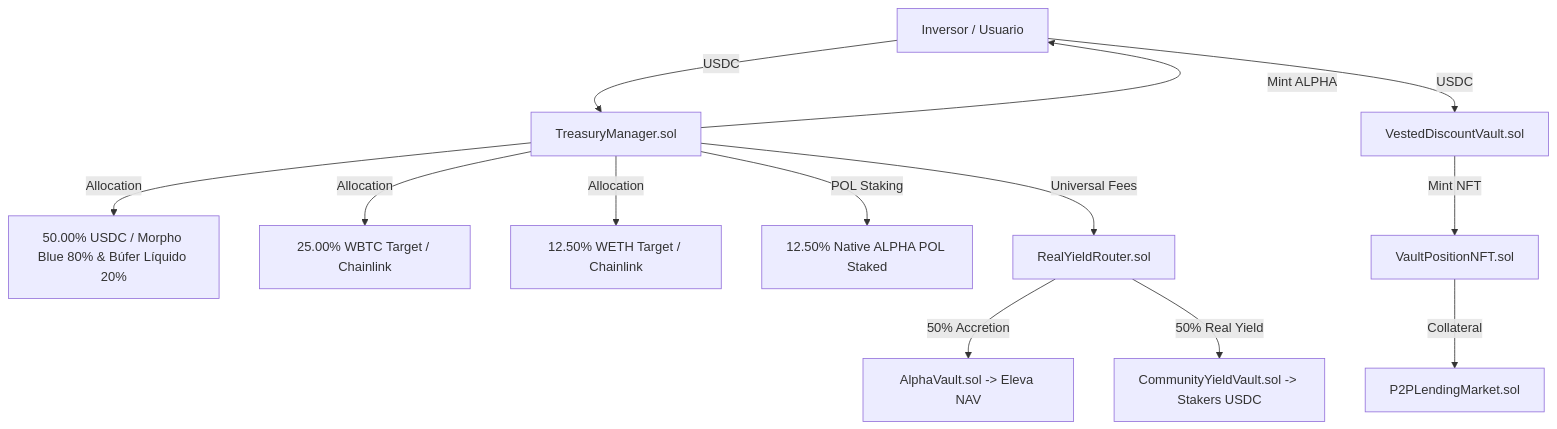
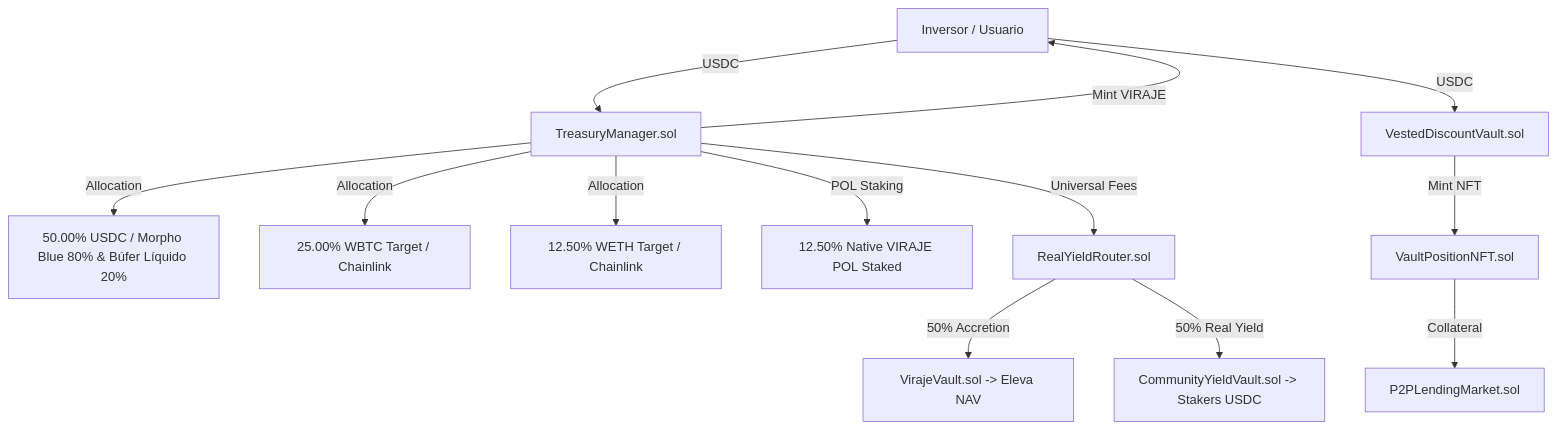
One commit to JaviMartin92/token changed the diagram in docs/WHITE_PAPER.md. Above: the diagram before and after it, drawn with Mermaid. The commit also changed other lines of this file and 129 other files, not shown here.

````diff
--- a/docs/WHITE_PAPER.md
+++ b/docs/WHITE_PAPER.md
@@ -20,17 +20,17 @@
 ```mermaid
 graph TD
     User[Inversor / Usuario] -->|USDC| Treasury[TreasuryManager.sol]
-    Treasury -->|Mint ALPHA| User
+    Treasury -->|Mint VIRAJE| User
     Treasury -->|Allocation| Stables[50.00% USDC / Morpho Blue 80% & Búfer Líquido 20%]
     Treasury -->|Allocation| WBTC[25.00% WBTC Target / Chainlink]
     Treasury -->|Allocation| WETH[12.50% WETH Target / Chainlink]
-    Treasury -->|POL Staking| StakedAlpha[12.50% Native ALPHA POL Staked]
+    Treasury -->|POL Staking| StakedViraje[12.50% Native VIRAJE POL Staked]
     
     User -->|USDC| VestedVault[VestedDiscountVault.sol]
     VestedVault -->|Mint NFT| NFT[VaultPositionNFT.sol]
     NFT -->|Collateral| P2P[P2PLendingMarket.sol]
     
     Treasury -->|Universal Fees| YieldRouter[RealYieldRouter.sol]
-    YieldRouter -->|50% Accretion| Vault[AlphaVault.sol -> Eleva NAV]
+    YieldRouter -->|50% Accretion| Vault[VirajeVault.sol -> Eleva NAV]
     YieldRouter -->|50% Real Yield| CommunityVault[CommunityYieldVault.sol -> Stakers USDC]
 ```
````
